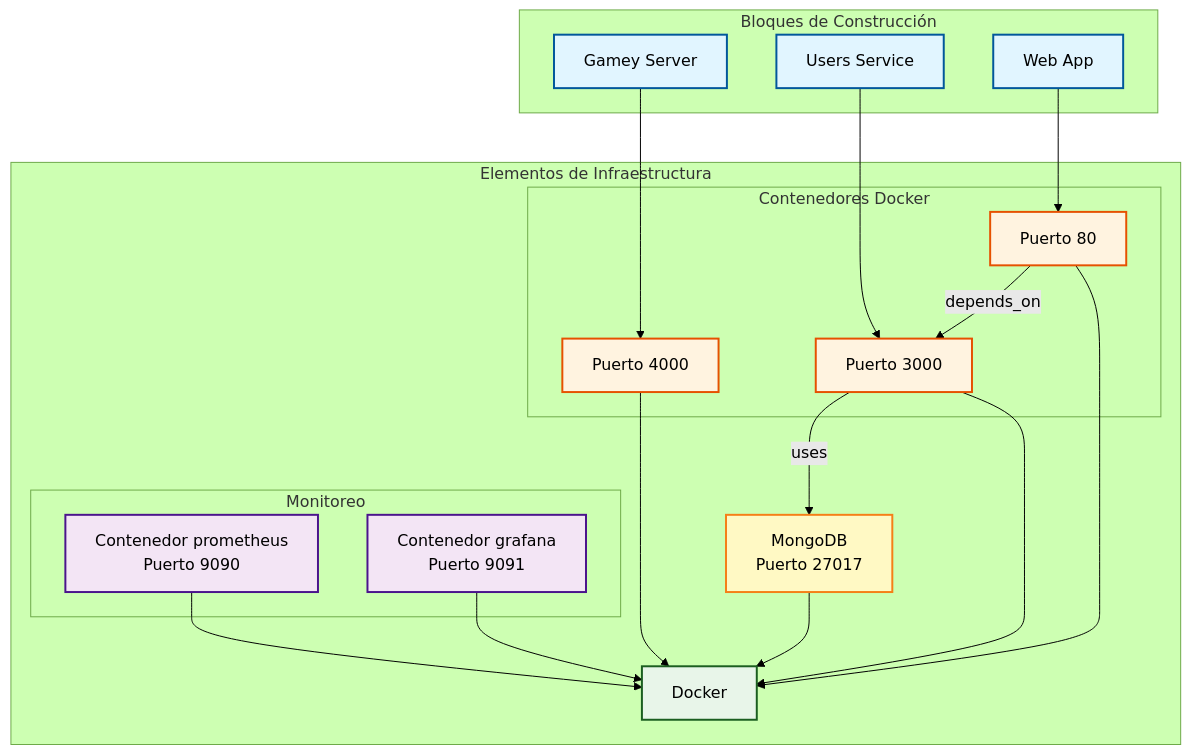
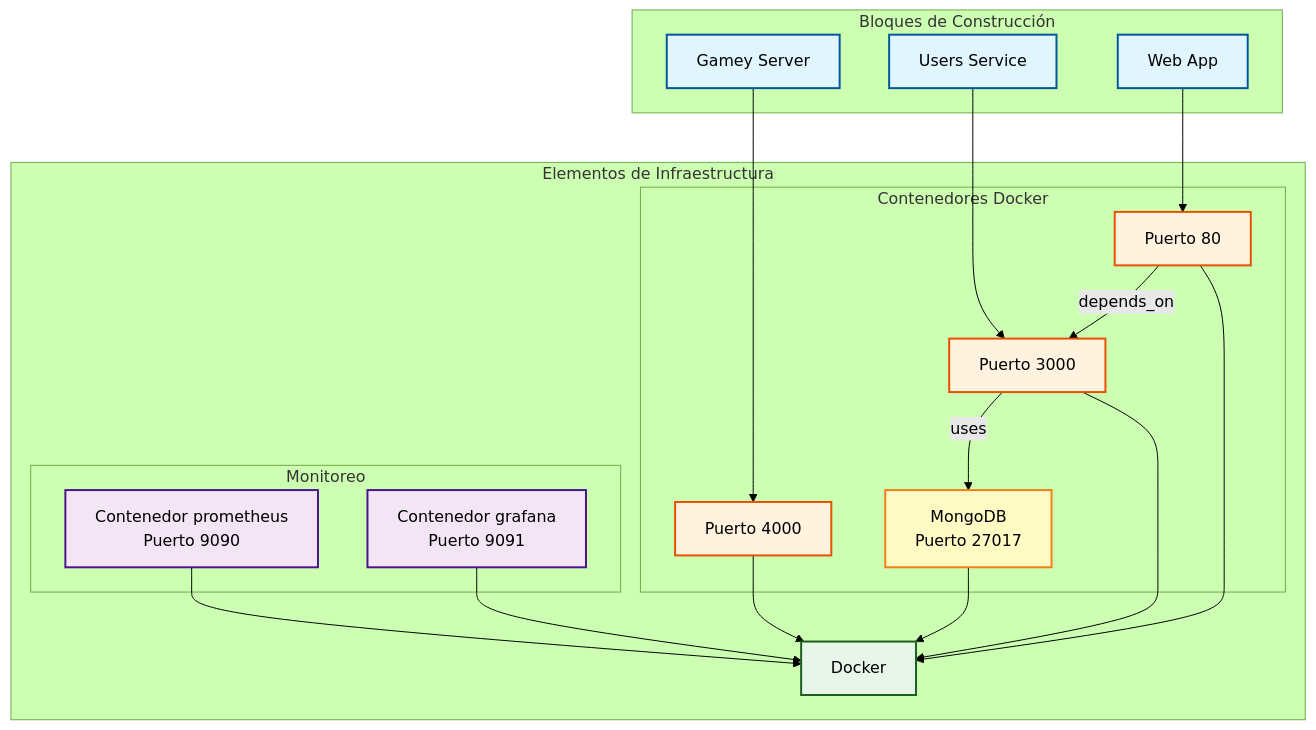
The diagram in docs/src/07_deployment_view.adoc (Arquisoft/yovi_es5c), drawn with Mermaid (forest theme) before and after one commit. The commit also changed other lines of this file, not shown here.

Commit message:
Clasificado mongoDB como parte de los contenedores de docker en la docu

```diff
--- a/docs/src/07_deployment_view.adoc
+++ b/docs/src/07_deployment_view.adoc
@@ -151,55 +151,55 @@
 [mermaid, "business-context", png]
 ----
 ---
 config:
   layout: fixed
 ---
 flowchart TB
  subgraph Software["Bloques de Construcción"]
         GameyServer["Gamey Server<br>"]
         UsersService["Users Service<br>"]
         WebApp["Web App<br>"]
   end
  subgraph Containers["Contenedores Docker"]
         GameyContainer["Puerto 4000"]
         UsersContainer["Puerto 3000"]
         WebAppContainer["Puerto 80"]
+        MongoDB["MongoDB<br>Puerto 27017"]
   end
  subgraph Monitoring["Monitoreo"]
         PrometheusContainer["Contenedor prometheus<br>Puerto 9090"]
         GrafanaContainer["Contenedor grafana<br>Puerto 9091"]
   end
  subgraph Infrastructure["Elementos de Infraestructura"]
         DockerNet["Docker<br>"]
-        MongoDB["MongoDB<br>Puerto 27017"]
         Containers
         Monitoring
   end
     GameyServer --> GameyContainer
     WebApp --> WebAppContainer
     GameyContainer --> DockerNet
     UsersContainer --> DockerNet
     WebAppContainer --> DockerNet
     PrometheusContainer --> DockerNet
     GrafanaContainer --> DockerNet
     MongoDB --> DockerNet
     WebAppContainer -- depends_on --> UsersContainer
     UsersService --> UsersContainer
     UsersContainer -- uses --> MongoDB
 
      GameyServer:::software
      UsersService:::software
      WebApp:::software
      GameyContainer:::container
      UsersContainer:::container
      WebAppContainer:::container
      PrometheusContainer:::monitoring
      GrafanaContainer:::monitoring
      DockerNet:::network
      MongoDB:::database
     classDef software fill:#e1f5ff,stroke:#01579b,stroke-width:2px,color:#000
     classDef container fill:#fff3e0,stroke:#e65100,stroke-width:2px,color:#000
     classDef monitoring fill:#f3e5f5,stroke:#4a148c,stroke-width:2px,color:#000
     classDef database fill:#fff9c4,stroke:#f57f17,stroke-width:2px,color:#000
     classDef network fill:#e8f5e9,stroke:#1b5e20,stroke-width:2px,color:#000
 ----
```
